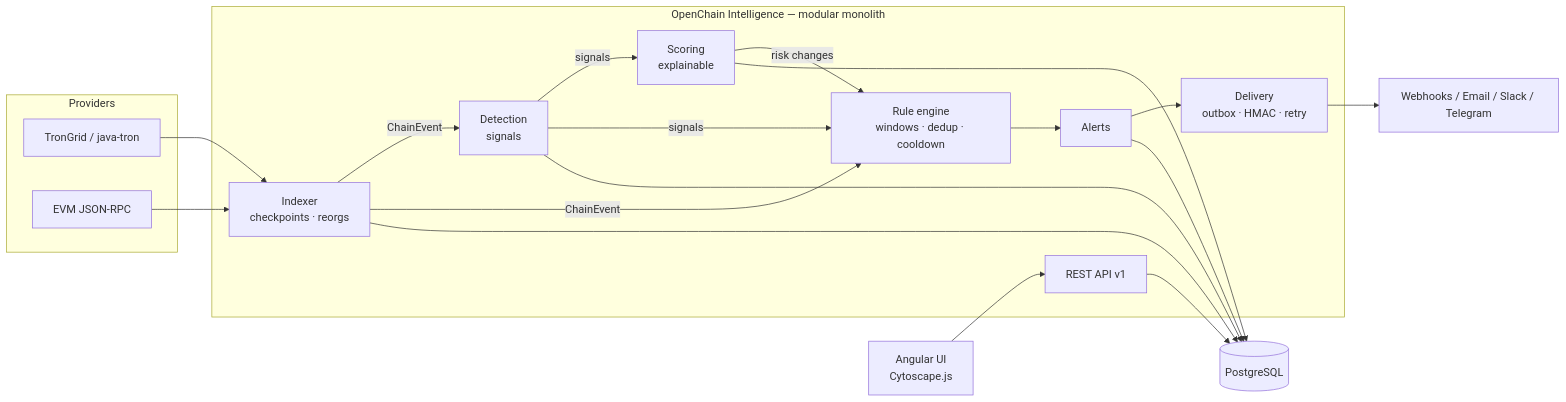
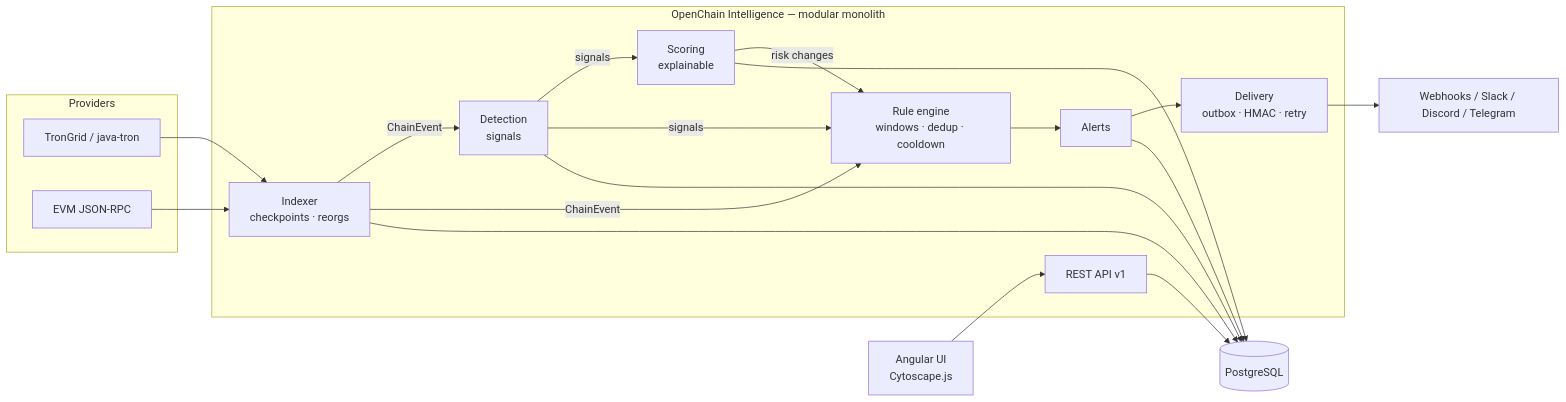
One commit to alertmanager12-blip/openchain-intelligence changed the diagram in README.md. Above: the diagram before and after it, drawn with Mermaid. The commit also changed other lines of this file and 42 other files, not shown here.

````diff
--- a/README.md
+++ b/README.md
@@ -33,27 +35,27 @@
 ```mermaid
 flowchart LR
   subgraph Providers
     TG[TronGrid / java-tron]
     RPC[EVM JSON-RPC]
   end
   subgraph OCI[OpenChain Intelligence — modular monolith]
     IDX[Indexer<br/>checkpoints · reorgs]
     DET[Detection<br/>signals]
     SC[Scoring<br/>explainable]
     RE[Rule engine<br/>windows · dedup · cooldown]
     AL[Alerts]
     DLV[Delivery<br/>outbox · HMAC · retry]
     API[REST API v1]
   end
   PG[(PostgreSQL)]
   FE[Angular UI<br/>Cytoscape.js]
-  EXT[Webhooks / Email / Slack / Telegram]
+  EXT[Webhooks / Slack / Discord / Telegram]
 
   TG & RPC --> IDX -->|ChainEvent| DET -->|signals| SC
   IDX -->|ChainEvent| RE
   SC -->|risk changes| RE
   DET -->|signals| RE
   RE --> AL --> DLV --> EXT
   IDX & DET & SC & AL --> PG
   FE --> API --> PG
 ```
````
